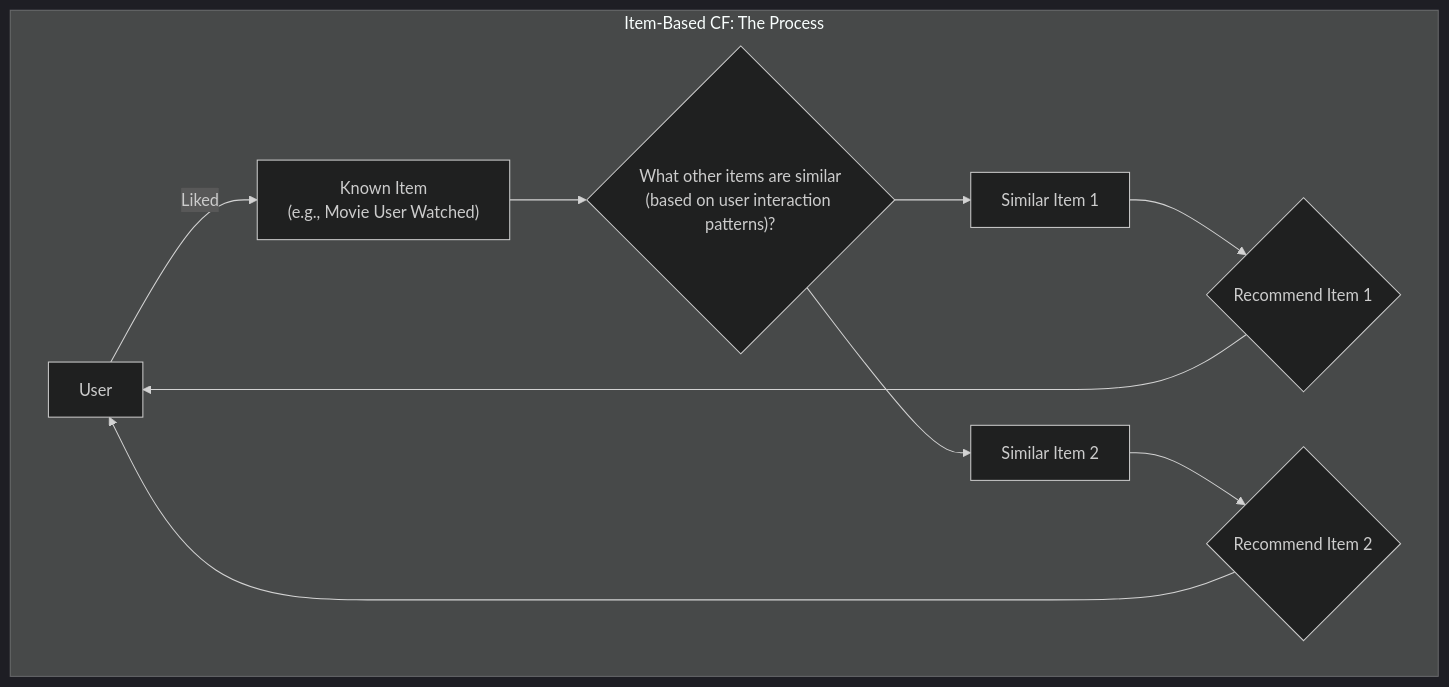
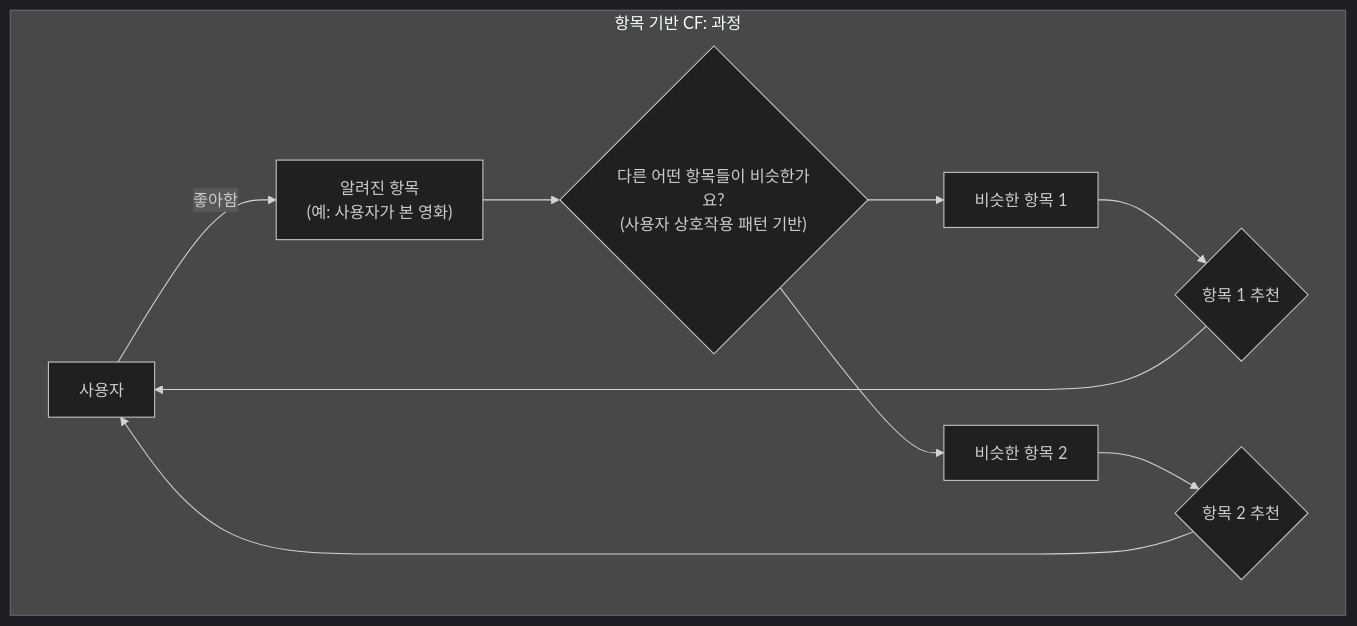
One commit to gh-shin/suggest-models-example changed the fourth of 11 diagrams in ConstructivistLearningPath.md. Above: the diagram before and after it, drawn with Mermaid (dark theme). The commit also changed other lines of this file and 1 other file, not shown here.

````diff
--- a/ConstructivistLearningPath.md
+++ b/ConstructivistLearningPath.md
@@ -129,13 +129,13 @@
     ```mermaid
     graph TD
-        subgraph "Item-Based CF: The Process"
-            U_Current[User] -- Liked --> I_Known["Known Item\n(e.g., Movie User Watched)"]
-            I_Known --> Q2{"What other items are similar\n(based on user interaction patterns)?"}
-            Q2 --> I_Similar1[Similar Item 1]
-            Q2 --> I_Similar2[Similar Item 2]
-            I_Similar1 --> Rec1{Recommend Item 1}
-            I_Similar2 --> Rec2{Recommend Item 2}
+        subgraph "항목 기반 CF: 과정"
+            U_Current[사용자] -- 좋아함 --> I_Known["알려진 항목\n(예: 사용자가 본 영화)"]
+            I_Known --> Q2{"다른 어떤 항목들이 비슷한가요?\n(사용자 상호작용 패턴 기반)"}
+            Q2 --> I_Similar1[비슷한 항목 1]
+            Q2 --> I_Similar2[비슷한 항목 2]
+            I_Similar1 --> Rec1{항목 1 추천}
+            I_Similar2 --> Rec2{항목 2 추천}
             Rec1 --> U_Current
             Rec2 --> U_Current
         end
     ```
````
